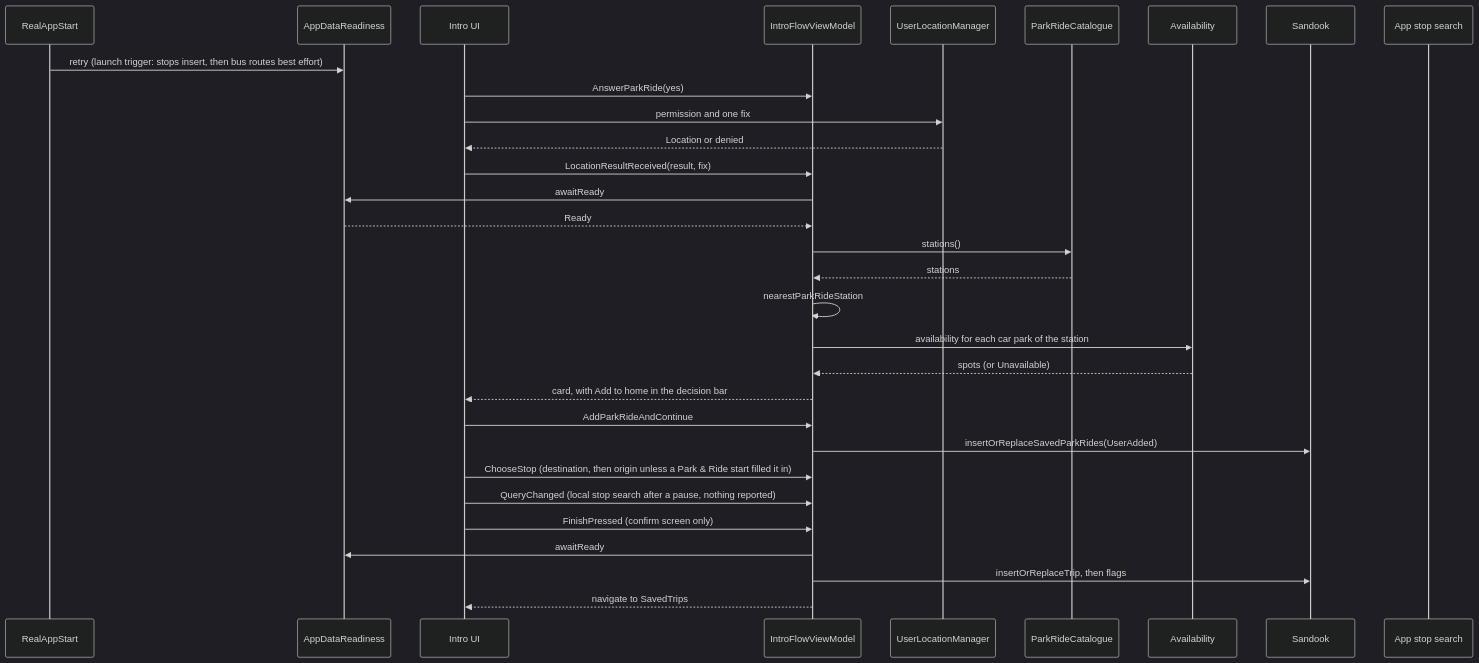
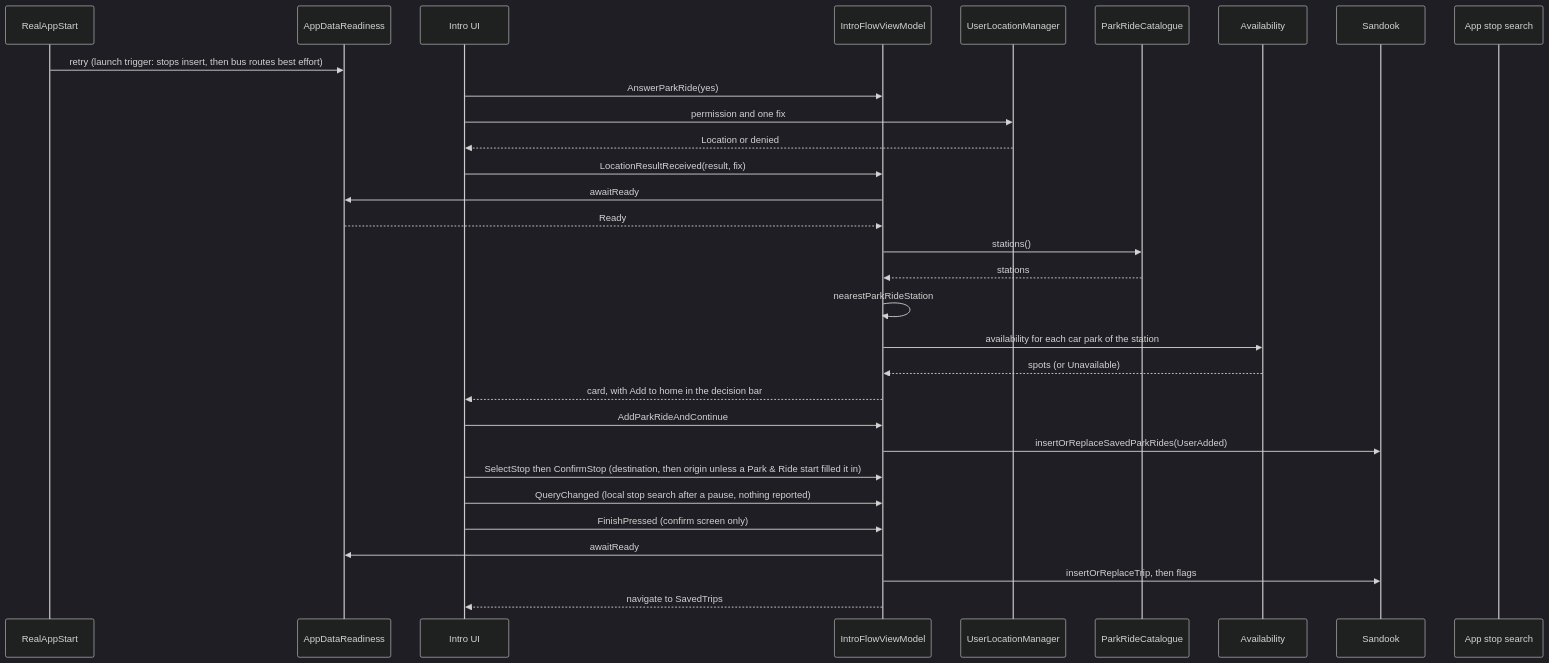
The second of 3 diagrams in docs/features/intro/ERD.md (ksharma-xyz/KRAIL), drawn with Mermaid (dark theme) before and after one commit. The commit also changed other lines of this file and 34 other files, not shown here.

````diff
--- a/docs/features/intro/ERD.md
+++ b/docs/features/intro/ERD.md
@@ -660,33 +674,33 @@
 ```mermaid
 sequenceDiagram
     participant App as RealAppStart
     participant R as AppDataReadiness
     participant UI as Intro UI
     participant VM as IntroFlowViewModel
     participant L as UserLocationManager
     participant C as ParkRideCatalogue
     participant A as Availability
     participant DB as Sandook
     participant S as App stop search
     App->>R: retry (launch trigger: stops insert, then bus routes best effort)
     UI->>VM: AnswerParkRide(yes)
     UI->>L: permission and one fix
     L-->>UI: Location or denied
     UI->>VM: LocationResultReceived(result, fix)
     VM->>R: awaitReady
     R-->>VM: Ready
     VM->>C: stations()
     C-->>VM: stations
     VM->>VM: nearestParkRideStation
     VM->>A: availability for each car park of the station
     A-->>VM: spots (or Unavailable)
     VM-->>UI: card, with Add to home in the decision bar
     UI->>VM: AddParkRideAndContinue
     VM->>DB: insertOrReplaceSavedParkRides(UserAdded)
-    UI->>VM: ChooseStop (destination, then origin unless a Park & Ride start filled it in)
+    UI->>VM: SelectStop then ConfirmStop (destination, then origin unless a Park & Ride start filled it in)
     UI->>VM: QueryChanged (local stop search after a pause, nothing reported)
     UI->>VM: FinishPressed (confirm screen only)
     VM->>R: awaitReady
     VM->>DB: insertOrReplaceTrip, then flags
     VM-->>UI: navigate to SavedTrips
 ```
````
